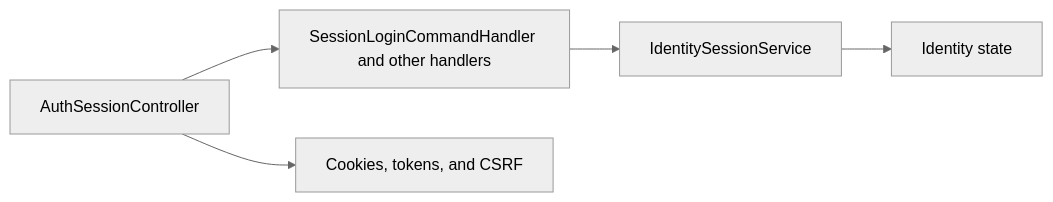
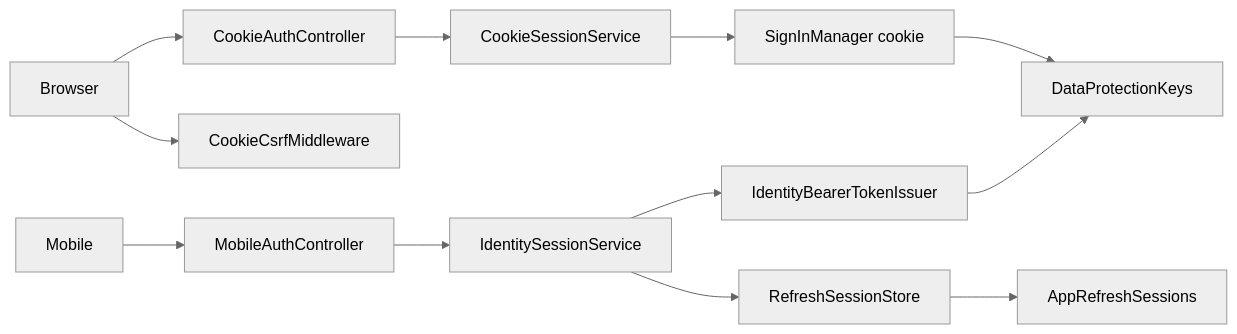
Before and after one commit to Weretik/KedrStore: the diagram in docs/sdd/features/identity/session.md, drawn with Mermaid (neutral theme). The commit also changed other lines of this file and 121 other files, not shown here.

First line of the commit message:
Auth rollout: browser cookie and mobile sign-in, staff accounts, admin policies (#140)

````diff
--- a/docs/sdd/features/identity/session.md
+++ b/docs/sdd/features/identity/session.md
@@ -29,7 +37,12 @@
 ```mermaid
 flowchart LR
-    A["AuthSessionController"] --> B["SessionLoginCommandHandler and other handlers"]
-    B --> C["IdentitySessionService"]
-    C --> D["Identity state"]
-    A --> E["Cookies, tokens, and CSRF"]
+    B["Browser"] --> CA["CookieAuthController"]
+    M["Mobile"] --> MA["MobileAuthController"]
+    B --> CSRF["CookieCsrfMiddleware"]
+    CA --> CS["CookieSessionService"] --> SIM["SignInManager cookie"]
+    MA --> IS["IdentitySessionService"]
+    IS --> TI["IdentityBearerTokenIssuer"]
+    IS --> RS["RefreshSessionStore"] --> T["AppRefreshSessions"]
+    SIM --> DP["DataProtectionKeys"]
+    TI --> DP
 ```
````
